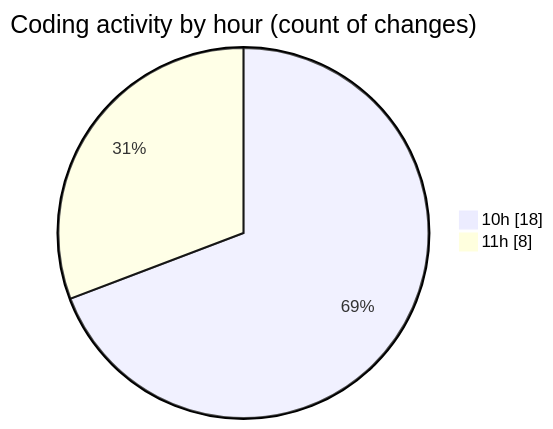
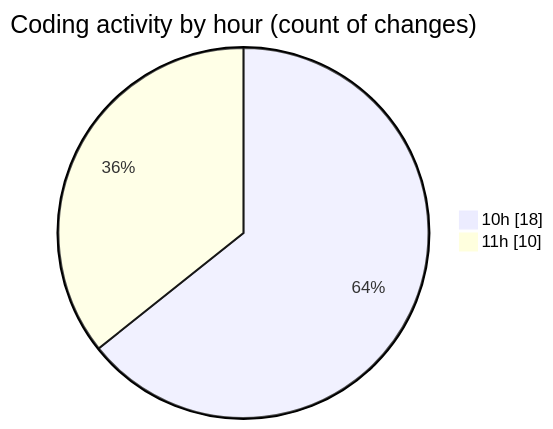
Before and after one commit to igalym/code-tracking: the second of 2 diagrams in 2026-01-06/budget_front_nest/README.md, drawn with Mermaid. The commit also changed other lines of this file and 1 other file, not shown here.

````diff
--- a/2026-01-06/budget_front_nest/README.md
+++ b/2026-01-06/budget_front_nest/README.md
@@ -34,6 +35,6 @@
 ```mermaid
 pie showData
 title Coding activity by hour (count of changes)
 "10h" : 18
-"11h" : 8
+"11h" : 10
 ```
````
